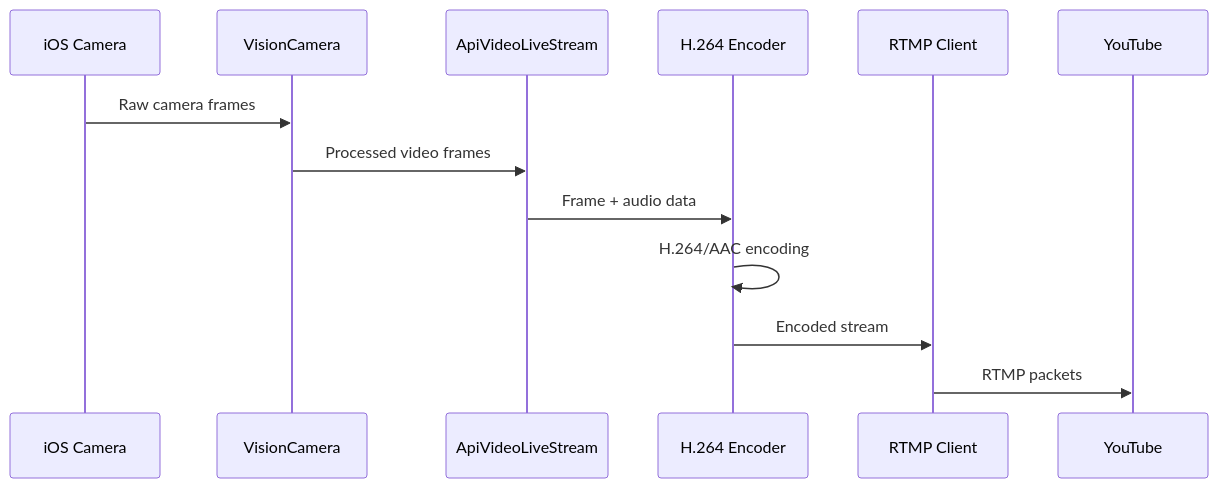
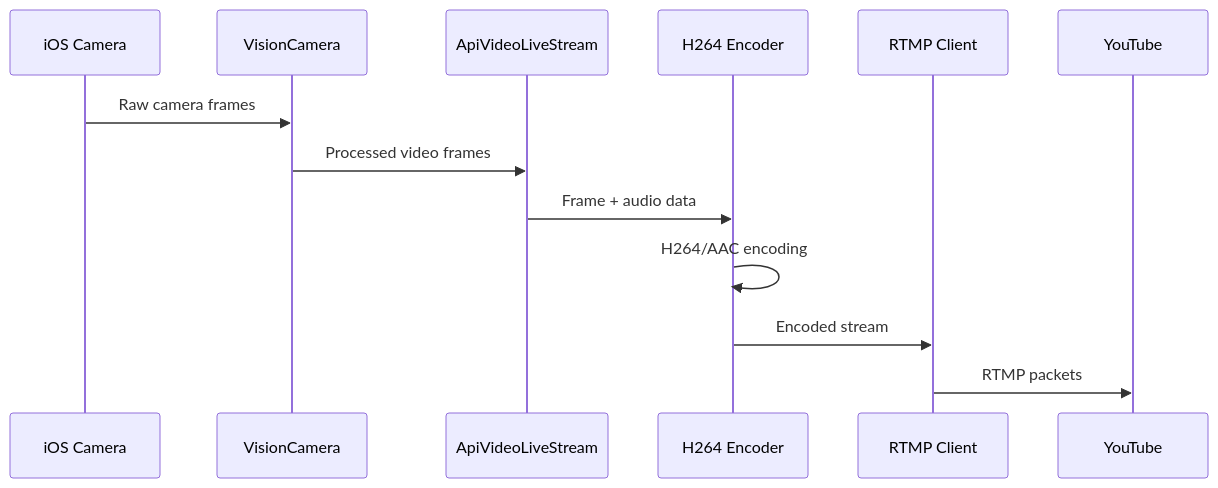
Before and after one commit to bhavyabgada/fstream: the second of 3 diagrams in README.md, drawn with Mermaid. The commit also changed other lines of this file, not shown here.

Commit message:
graph issues in readme

````diff
--- a/README.md
+++ b/README.md
@@ -160,15 +160,15 @@
 ```mermaid
 sequenceDiagram
     participant Camera as iOS Camera
     participant Vision as VisionCamera
     participant ApiVideo as ApiVideoLiveStream
-    participant Encoder as H.264 Encoder
+    participant Encoder as H264 Encoder
     participant RTMP as RTMP Client
     
     Camera->>Vision: Raw camera frames
     Vision->>ApiVideo: Processed video frames
     ApiVideo->>Encoder: Frame + audio data
-    Encoder->>Encoder: H.264/AAC encoding
+    Encoder->>Encoder: H264/AAC encoding
     Encoder->>RTMP: Encoded stream
     RTMP->>YouTube: RTMP packets
 ```
````
